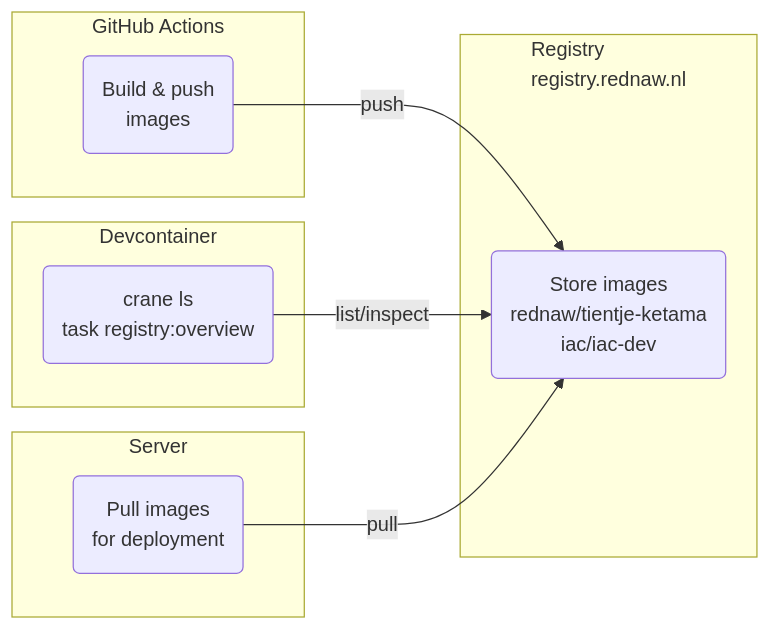
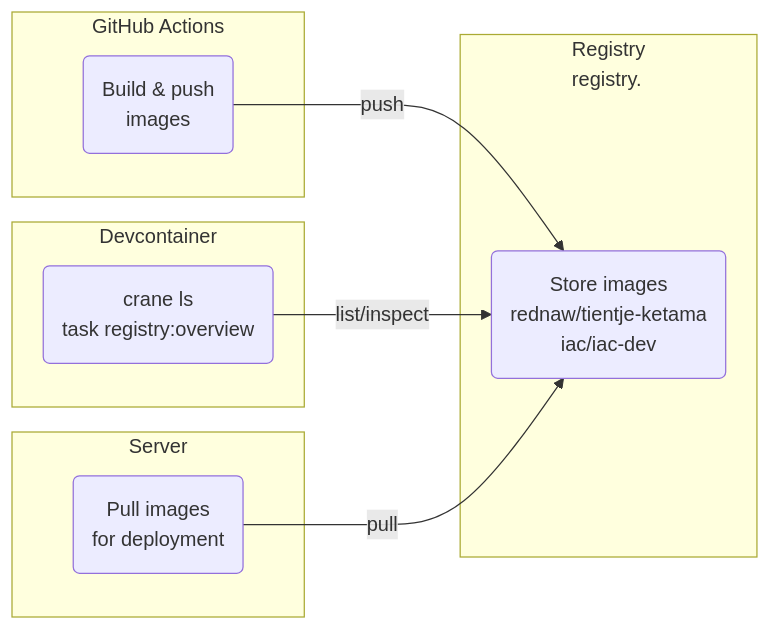
The diagram in docs/registry.md (rednaw/iac), drawn with Mermaid before and after one commit. The commit also changed other lines of this file and 23 other files, not shown here.

````diff
--- a/docs/registry.md
+++ b/docs/registry.md
@@ -7,22 +7,22 @@
 ```mermaid
 flowchart LR
     subgraph GITHUB["GitHub Actions"]
         A(Build & push<br/>images)
     end
     
-    subgraph REGISTRY["Registry<br/>registry.rednaw.nl"]
+    subgraph REGISTRY["Registry<br/>registry.<base_domain>"]
         B(Store images<br/>rednaw/tientje-ketama<br/>iac/iac-dev)
     end
     
     subgraph DEVCONTAINER["Devcontainer"]
         C(crane ls<br/>task registry:overview)
     end
     
     subgraph SERVER["Server"]
         D(Pull images<br/>for deployment)
     end
     
     A -->|push| B
     C -->|list/inspect| B
     D -->|pull| B
 ```
````
